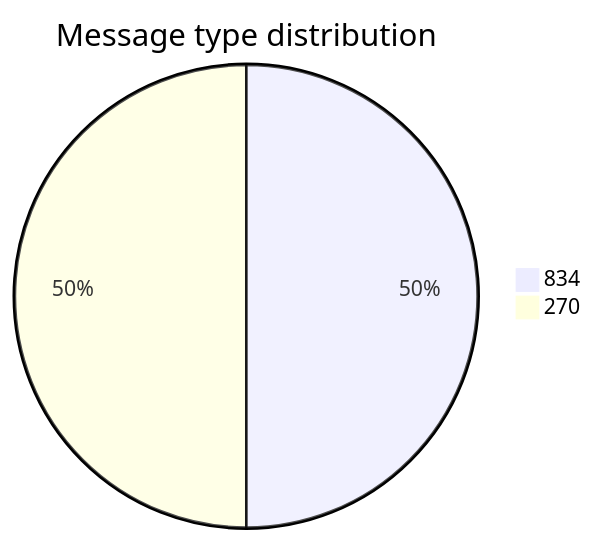
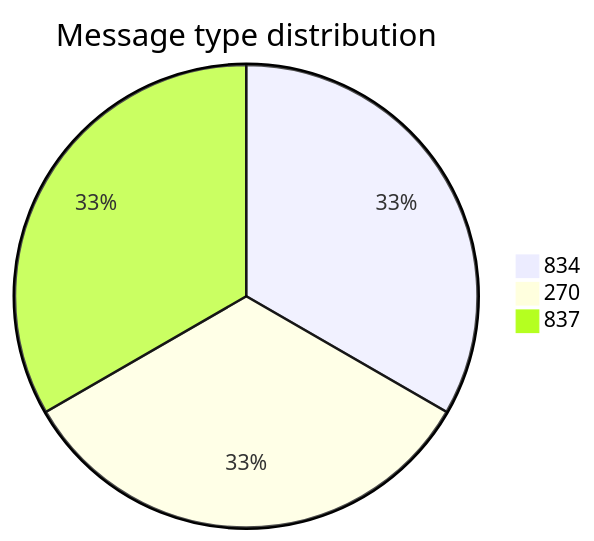
Before and after one commit to dhagan-va/intern-2025: the first of 10 diagrams in test-tools/DataGen/src/Statistics_Visualizer.md, drawn with Mermaid. The commit also changed other lines of this file and 5 other files, not shown here.

````diff
--- a/test-tools/DataGen/src/Statistics_Visualizer.md
+++ b/test-tools/DataGen/src/Statistics_Visualizer.md
@@ -18,5 +18,6 @@
 ```mermaid
 pie title Message type distribution
     "834" : 5
     "270" : 5
+    "837" : 5
 ```
````
